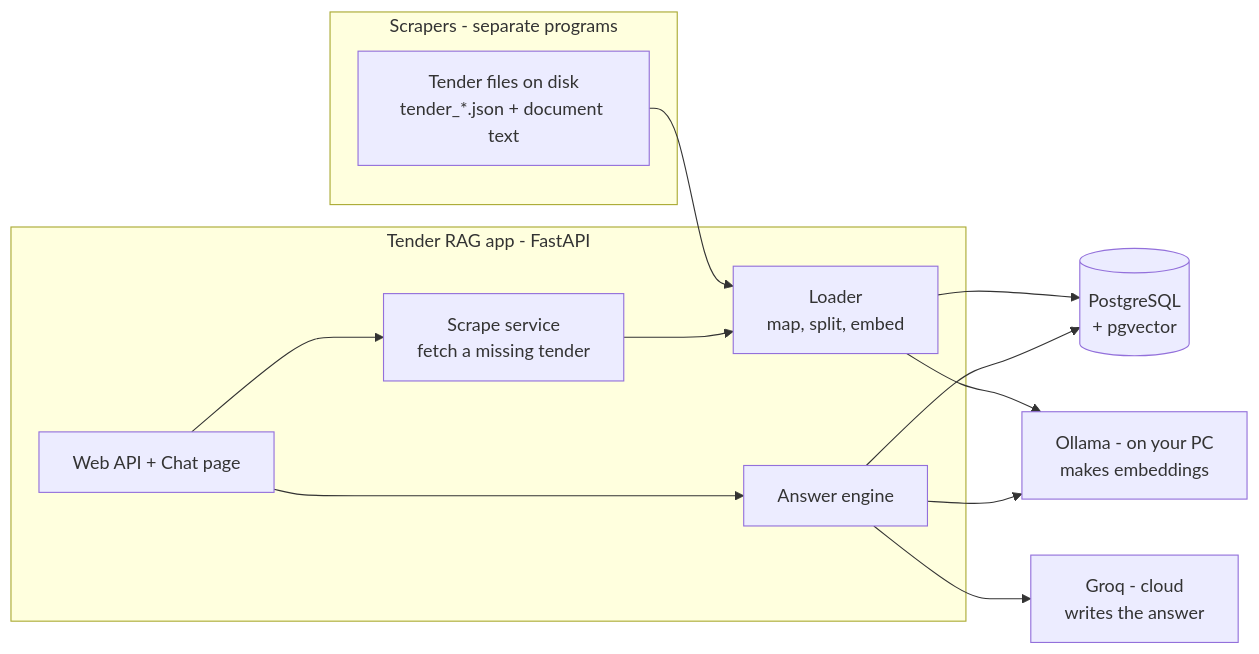
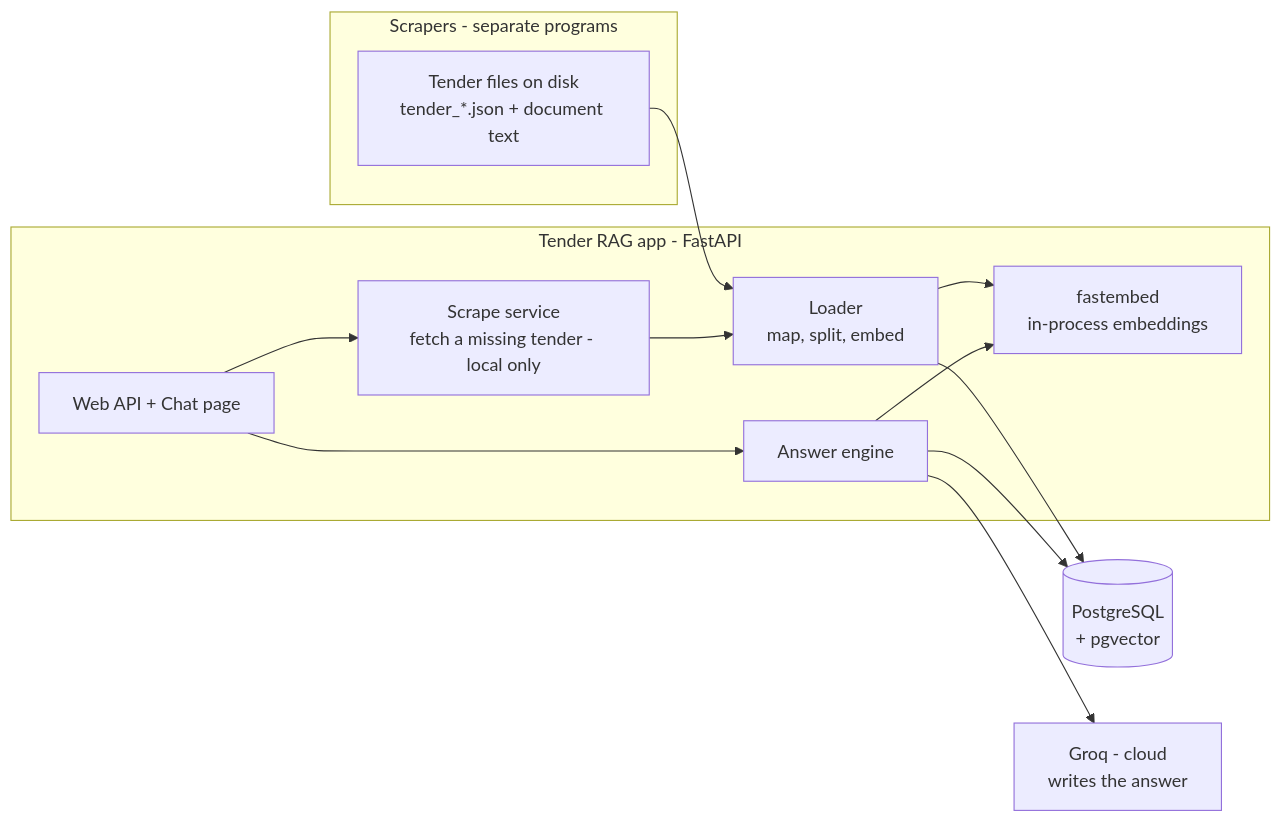
One commit to j4rv1ss/tender-rag-mcp changed the first of 6 diagrams in docs/architecture.md. Above: the diagram before and after it, drawn with Mermaid. The commit also changed other lines of this file and 1 other file, not shown here.

Commit message:
docs: update README + architecture for in-process fastembed (384-dim), top_k 8, 3-tier Groq chat, synonym/antonym + formatting, and the free Render/Neon deploy

````diff
--- a/docs/architecture.md
+++ b/docs/architecture.md
@@ -20,24 +20,24 @@
 ```mermaid
 flowchart LR
   subgraph SC[Scrapers - separate programs]
     OUT[Tender files on disk<br/>tender_*.json + document text]
   end
   subgraph APP[Tender RAG app - FastAPI]
     API[Web API + Chat page]
-    SCR[Scrape service<br/>fetch a missing tender]
+    SCR[Scrape service<br/>fetch a missing tender - local only]
     ING[Loader<br/>map, split, embed]
     RAGS[Answer engine]
+    EMB[fastembed<br/>in-process embeddings]
   end
   DB[(PostgreSQL<br/>+ pgvector)]
-  OLL[Ollama - on your PC<br/>makes embeddings]
   GROQ[Groq - cloud<br/>writes the answer]
 
   OUT --> ING
   API --> SCR --> ING
+  ING --> EMB
   ING --> DB
-  ING --> OLL
   API --> RAGS
+  RAGS --> EMB
   RAGS --> DB
-  RAGS --> OLL
   RAGS --> GROQ
 ```
````
